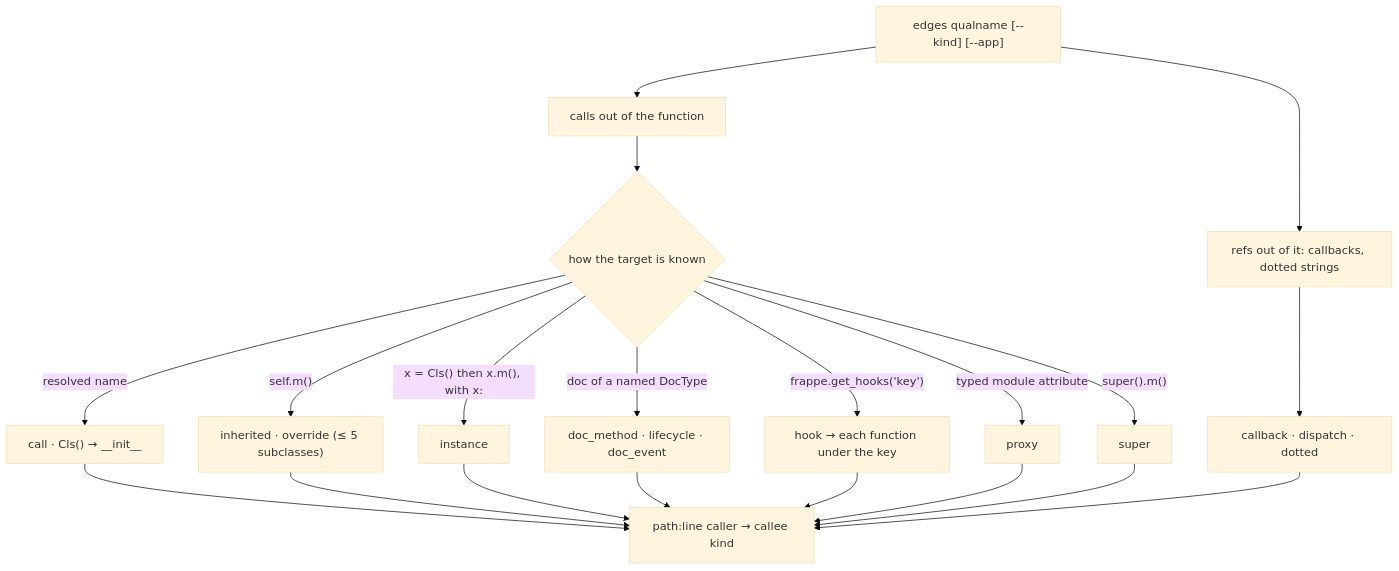
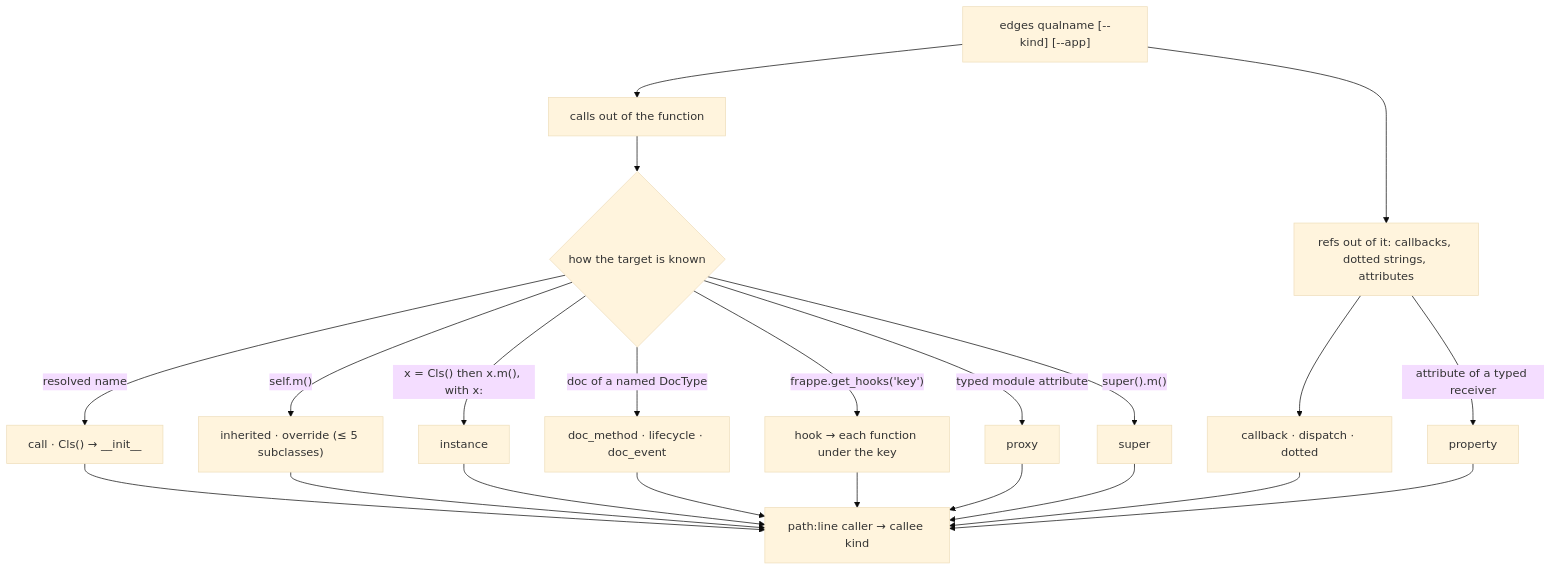
Diagram 19 of 26 in docs/how-it-works.md (diptanilsaha/frappe-ast), drawn with Mermaid (base theme) before and after one commit. The commit also changed other lines of this file and 11 other files, not shown here.

````diff
--- a/docs/how-it-works.md
+++ b/docs/how-it-works.md
@@ -298,22 +299,24 @@
 ```mermaid
 flowchart TD
   a["edges qualname [--kind] [--app]"] --> c["calls out of the function"]
-  a --> r["refs out of it: callbacks, dotted strings"]
+  a --> r["refs out of it: callbacks, dotted strings, attributes"]
   c --> t{"how the target is known"}
   t -->|"resolved name"| cl1["call · Cls() → __init__"]
   t -->|"self.m()"| inh["inherited · override (≤ 5 subclasses)"]
   t -->|"x = Cls() then x.m(), with x:"| ins["instance"]
   t -->|"doc of a named DocType"| doc["doc_method · lifecycle · doc_event"]
   t -->|"frappe.get_hooks('key')"| hook["hook → each function under the key"]
   t -->|"typed module attribute"| prx["proxy"]
   t -->|"super().m()"| sup["super"]
   r --> ref["callback · dispatch · dotted"]
+  r -->|"attribute of a typed receiver"| prop["property"]
   cl1 --> out["path:line caller → callee kind"]
   inh --> out
   ins --> out
   doc --> out
   hook --> out
   prx --> out
   sup --> out
   ref --> out
+  prop --> out
 ```
````
